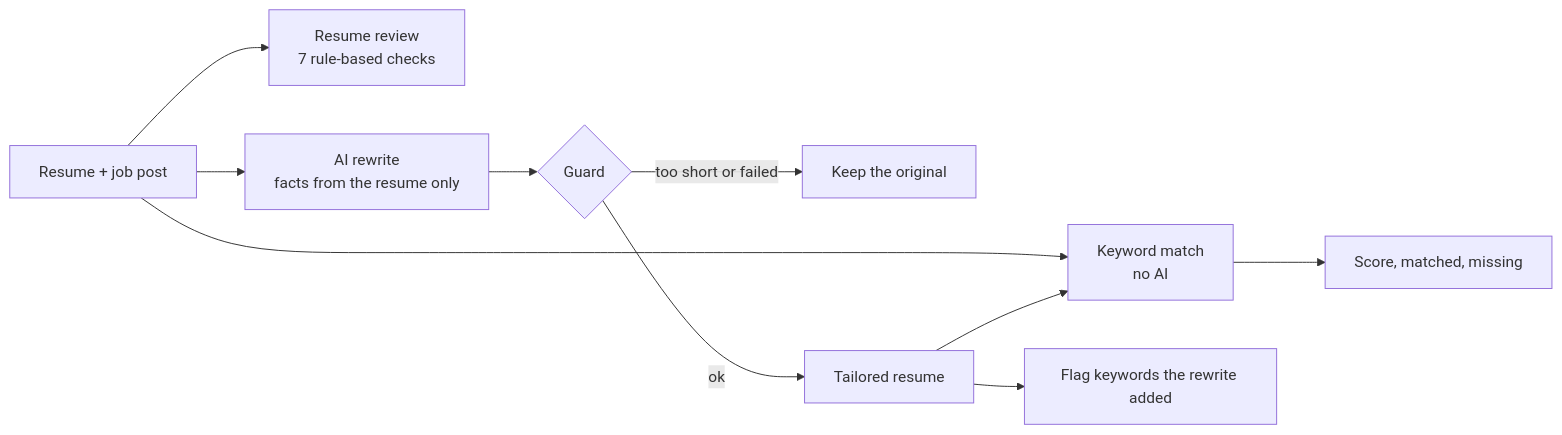
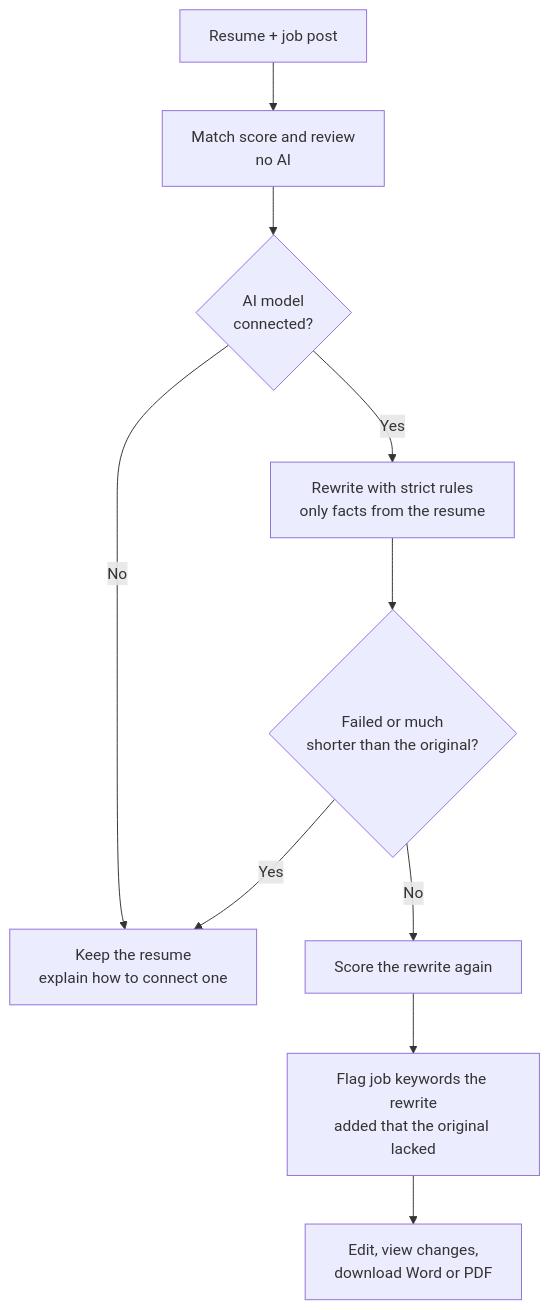
One commit to rajuerladinny/ai-resume-builder changed the second of 3 diagrams in README.md. Above: the diagram before and after it, drawn with Mermaid. The commit also changed other lines of this file and 48 other files, not shown here.

````diff
--- a/README.md
+++ b/README.md
@@ -54,12 +96,12 @@
 ```mermaid
-flowchart LR
-  U[Resume + job post] --> K[Keyword match<br/>no AI]
-  U --> C[Resume review<br/>7 rule-based checks]
-  K --> S[Score, matched, missing]
-  U --> L[AI rewrite<br/>facts from the resume only]
-  L --> G{Guard}
-  G -- too short or failed --> O[Keep the original]
-  G -- ok --> T[Tailored resume]
-  T --> F[Flag keywords the rewrite added]
-  T --> K
+flowchart TB
+    A["Resume + job post"] --> B["Match score and review<br/>no AI"]
+    B --> C{"AI model<br/>connected?"}
+    C -- No --> D["Keep the resume<br/>explain how to connect one"]
+    C -- Yes --> E["Rewrite with strict rules<br/>only facts from the resume"]
+    E --> F{"Failed or much<br/>shorter than the original?"}
+    F -- Yes --> D
+    F -- No --> G["Score the rewrite again"]
+    G --> H["Flag job keywords the rewrite<br/>added that the original lacked"]
+    H --> I["Edit, view changes,<br/>download Word or PDF"]
 ```
````
